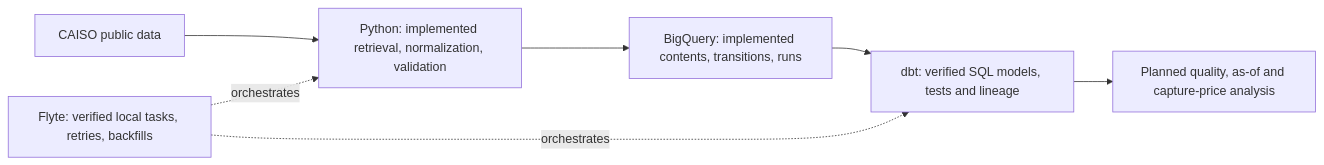
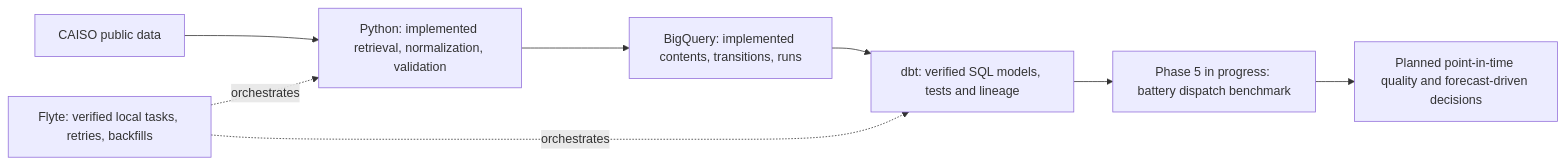
The diagram in README.md (AdvaitBP/power-market-data-platform), drawn with Mermaid before and after one commit. The commit also changed other lines of this file and 4 other files, not shown here.

Commit message:
Revise analytical roadmap and select battery optimization tooling

````diff
--- a/README.md
+++ b/README.md
@@ -67,9 +67,10 @@
 ```mermaid
 flowchart LR
     C["CAISO public data"] --> P["Python: implemented retrieval, normalization, validation"]
     P --> B["BigQuery: implemented contents, transitions, runs"]
     B --> D["dbt: verified SQL models, tests and lineage"]
-    D --> A["Planned quality, as-of and capture-price analysis"]
+    D --> A["Phase 5 in progress: battery dispatch benchmark"]
+    A --> Q["Planned point-in-time quality and forecast-driven decisions"]
     F["Flyte: verified local tasks, retries, backfills"] -. orchestrates .-> P
     F -. orchestrates .-> D
 ```
````
